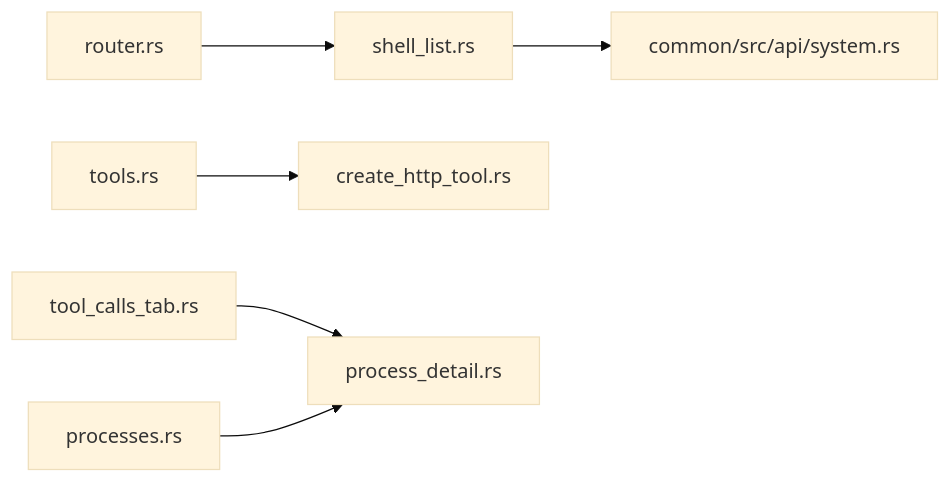
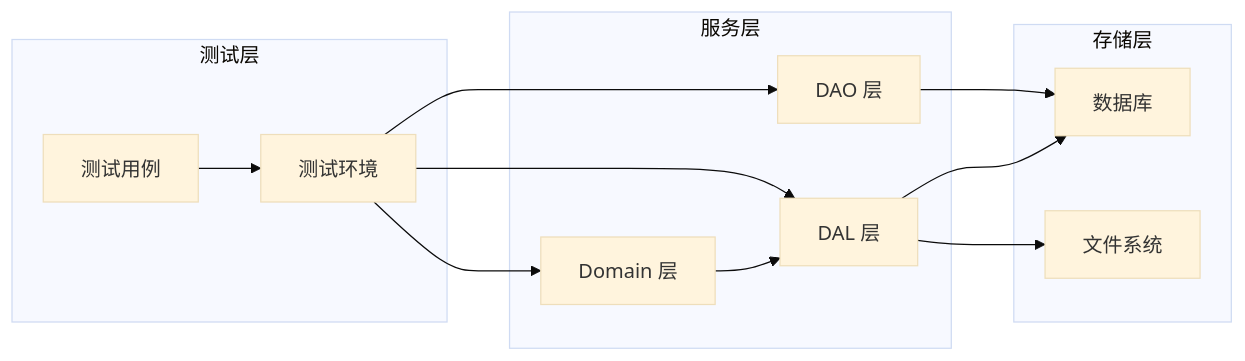
Before and after one commit to runningcoders/ai_orz: the fifth of 5 diagrams in .qoder/repowiki/zh/content/测试指南/端到端测试基础设施.md, drawn with Mermaid (base theme). The commit also changed other lines of this file and 5 other files, not shown here.

````diff
--- a/.qoder/repowiki/zh/content/测试指南/端到端测试基础设施.md
+++ b/.qoder/repowiki/zh/content/测试指南/端到端测试基础设施.md
@@ -224,8 +219,24 @@
 ```mermaid
 graph LR
-Router["router.rs"] --> ShellList["shell_list.rs"]
-ShellList --> CommonAPI["common/src/api/system.rs"]
-ToolsPage["tools.rs"] --> CreateModal["create_http_tool.rs"]
-ToolCallsTab["tool_calls_tab.rs"] --> ProcessDetail["process_detail.rs"]
-ProcessesPage["processes.rs"] --> ProcessDetail
+subgraph "测试层"
+T1["测试用例"]
+T2["测试环境"]
+end
+subgraph "服务层"
+S1["DAO 层"]
+S2["DAL 层"]
+S3["Domain 层"]
+end
+subgraph "存储层"
+ST1["数据库"]
+ST2["文件系统"]
+end
+T1 --> T2
+T2 --> S1
+T2 --> S2
+T2 --> S3
+S1 --> ST1
+S2 --> ST1
+S2 --> ST2
+S3 --> S2
 ```
````
